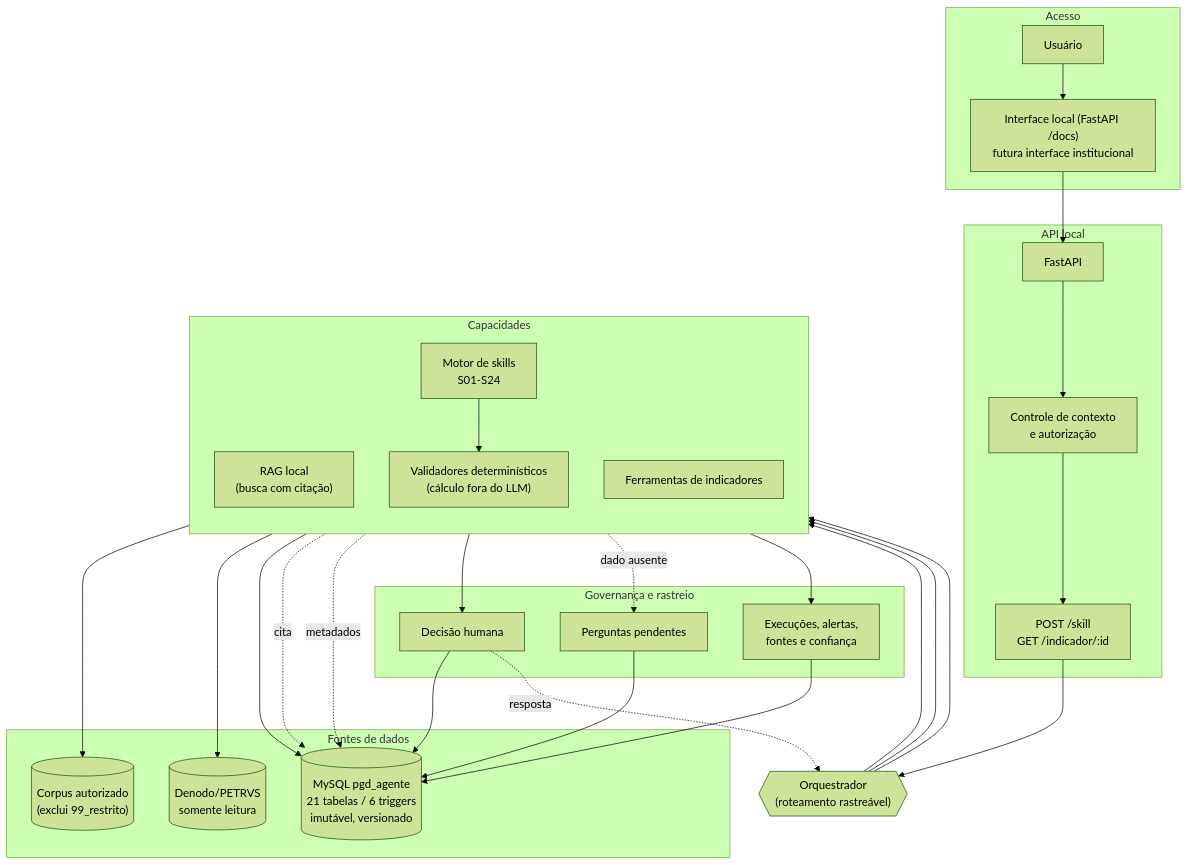
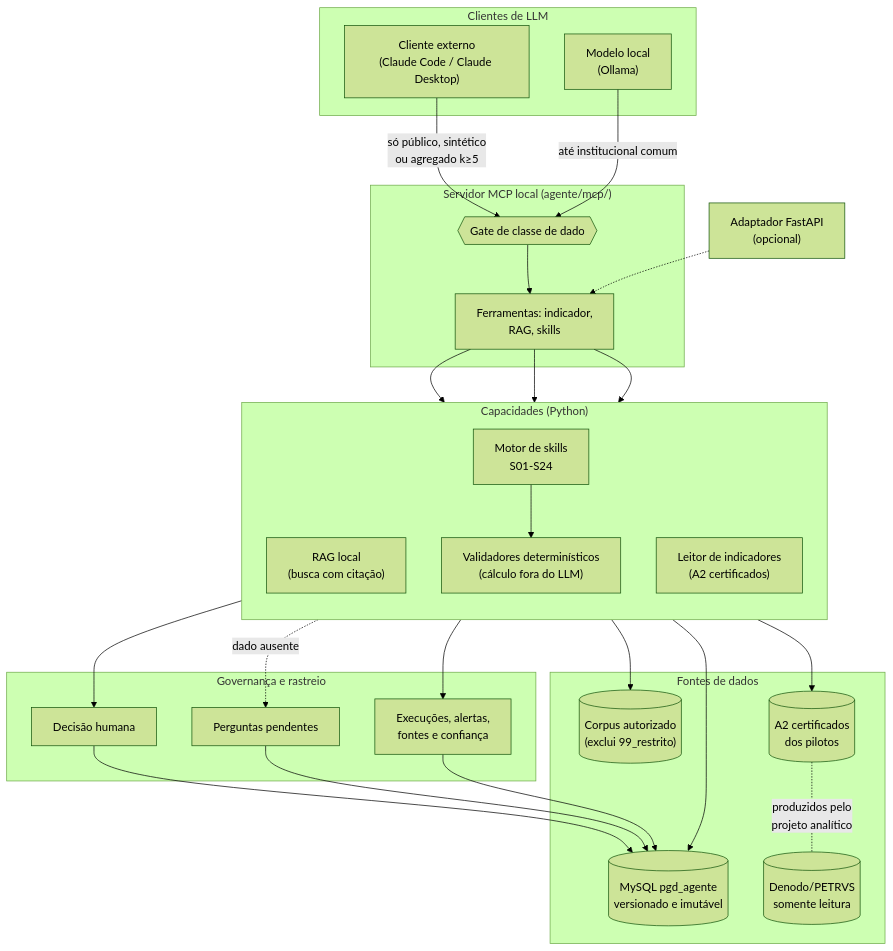
One commit to lpchagas/pgd-icmbio changed the diagram in docs/agente/projeto-v7/00_proposta-projeto-v7.md. Above: the diagram before and after it, drawn with Mermaid (forest theme). The commit also changed other lines of this file and 24 other files, not shown here.

First line of the commit message:
docs(agente): proposta v7 — ferramentas, MCP híbrido, cronograma e estado atual (B1)

````diff
--- a/docs/agente/projeto-v7/00_proposta-projeto-v7.md
+++ b/docs/agente/projeto-v7/00_proposta-projeto-v7.md
@@ -159,53 +178,50 @@
 ```mermaid
 flowchart TB
-    subgraph ACESSO["Acesso"]
-        U["Usuário"]
-        UI["Interface local (FastAPI /docs)\nfutura interface institucional"]
+    subgraph CLIENTES["Clientes de LLM"]
+        EXT["Cliente externo\n(Claude Code / Claude Desktop)"]
+        LOC["Modelo local\n(Ollama)"]
     end
 
-    subgraph API_LAYER["API local"]
-        API["FastAPI"]
-        AUTH["Controle de contexto\ne autorização"]
-        ENDP["POST /skill\nGET /indicador/:id"]
+    subgraph MCP["Servidor MCP local (agente/mcp/)"]
+        GATE{{"Gate de classe de dado"}}
+        TOOLS["Ferramentas: indicador,\nRAG, skills"]
     end
 
-    ORQ{{"Orquestrador\n(roteamento rastreável)"}}
+    API["Adaptador FastAPI\n(opcional)"]
 
-    subgraph CAP["Capacidades"]
+    subgraph CAP["Capacidades (Python)"]
         direction TB
         RAG["RAG local\n(busca com citação)"]
         SK["Motor de skills\nS01-S24"]
         CALC["Validadores determinísticos\n(cálculo fora do LLM)"]
-        IND["Ferramentas de indicadores"]
+        IND["Leitor de indicadores\n(A2 certificados)"]
     end
 
     subgraph GOV["Governança e rastreio"]
         HUM["Decisão humana"]
         PEND["Perguntas pendentes"]
         TRACE["Execuções, alertas,\nfontes e confiança"]
     end
 
     subgraph FONTES["Fontes de dados"]
         CORPUS[("Corpus autorizado\n(exclui 99_restrito)")]
-        DB[("MySQL pgd_agente\n21 tabelas / 6 triggers\nimutável, versionado")]
+        DB[("MySQL pgd_agente\nversionado e imutável")]
+        A2[("A2 certificados\ndos pilotos")]
         DEN[("Denodo/PETRVS\nsomente leitura")]
     end
 
-    U --> UI --> API
-    API --> AUTH --> ENDP --> ORQ
+    EXT -- "só público, sintético\nou agregado k≥5" --> GATE
+    LOC -- "até institucional comum" --> GATE
+    GATE --> TOOLS
+    API -.-> TOOLS
 
-    ORQ --> RAG --> CORPUS
-    ORQ --> SK
-    SK --> CALC
-    ORQ --> IND --> DEN
+    TOOLS --> RAG --> CORPUS
+    TOOLS --> SK --> CALC
+    TOOLS --> IND --> A2
+    A2 -. "produzidos pelo\nprojeto analítico" .- DEN
 
     SK --> DB
-    RAG -. cita .-> DB
-    IND -. metadados .-> DB
-
     SK --> HUM --> DB
     SK -. dado ausente .-> PEND --> DB
     SK --> TRACE --> DB
-
-    HUM -. resposta .-> ORQ
 ```
````
